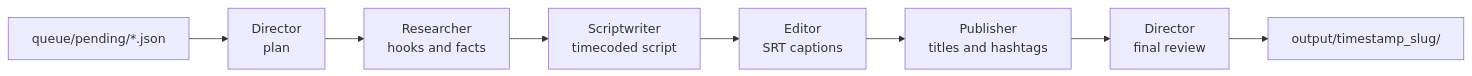
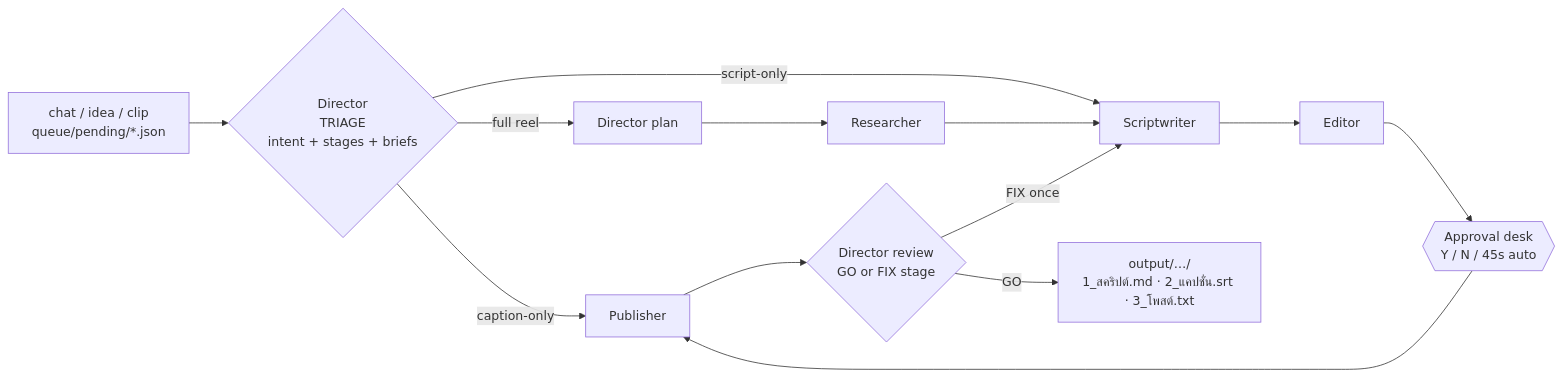
The diagram in README.md (koji048/agent-town), drawn with Mermaid before and after one commit. The commit also changed other lines of this file, not shown here.

````diff
--- a/README.md
+++ b/README.md
@@ -38,10 +40,12 @@
 ```mermaid
 flowchart LR
-    Q[queue/pending/*.json] --> D1[Director\nplan]
-    D1 --> R[Researcher\nhooks and facts]
-    R --> W[Scriptwriter\ntimecoded script]
-    W --> E[Editor\nSRT captions]
-    E --> P[Publisher\ntitles and hashtags]
-    P --> D2[Director\nfinal review]
-    D2 --> O[output/timestamp_slug/]
+    Q[chat / idea / clip<br/>queue/pending/*.json] --> T{Director<br/>TRIAGE<br/>intent + stages + briefs}
+    T -->|caption-only| P[Publisher]
+    T -->|script-only| W
+    T -->|full reel| D1[Director plan]
+    D1 --> R[Researcher] --> W[Scriptwriter] --> E[Editor] --> A{{Approval desk<br/>Y / N / 45s auto}}
+    A --> P
+    P --> V{Director review<br/>GO or FIX stage}
+    V -->|FIX once| W
+    V -->|GO| O[output/…/<br/>1_สคริปต์.md · 2_แคปชั่น.srt · 3_โพสต์.txt]
 ```
````
